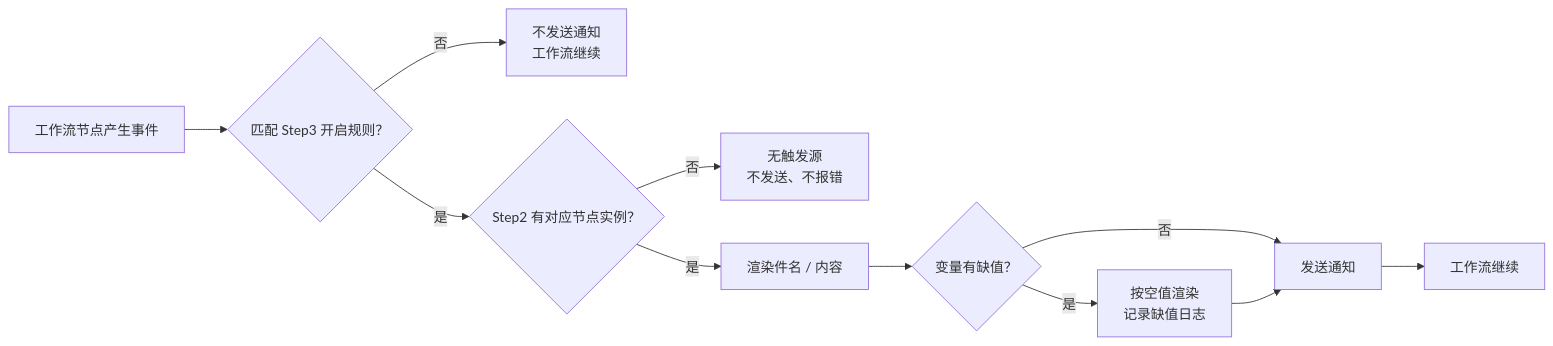
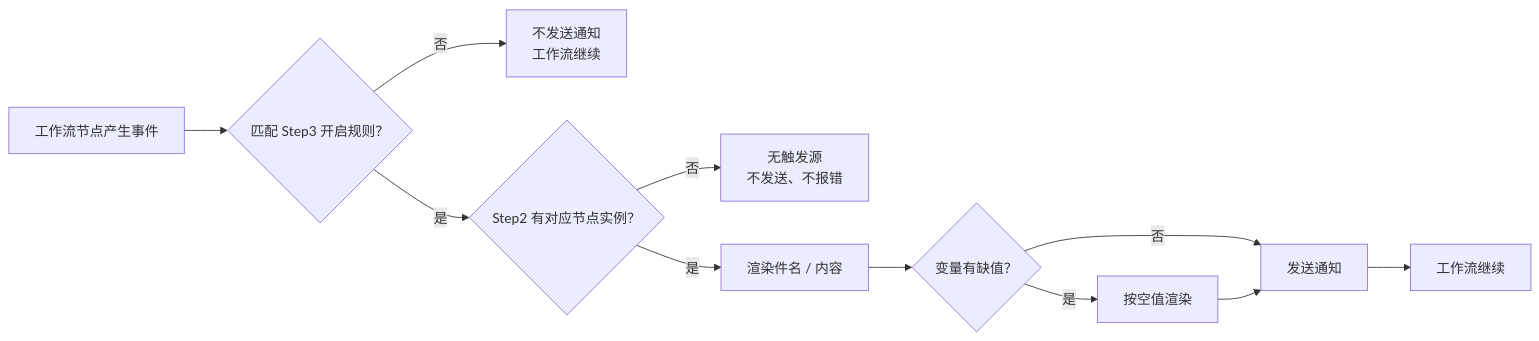
The second of 4 diagrams in prototypes/kisoku-nintei/PRD.zh-CN.md (aruirage/IDP-workflow), drawn with Mermaid before and after one commit. The commit also changed other lines of this file and 1 other file, not shown here.

````diff
--- a/prototypes/kisoku-nintei/PRD.zh-CN.md
+++ b/prototypes/kisoku-nintei/PRD.zh-CN.md
@@ -222,13 +222,13 @@
 ```mermaid
 flowchart LR
   nodeEvent["工作流节点产生事件"] --> matchRule{"匹配 Step3 开启规则？"}
   matchRule -- "否" --> noSend["不发送通知\n工作流继续"]
   matchRule -- "是" --> hasSource{"Step2 有对应节点实例？"}
   hasSource -- "否" --> noSource["无触发源\n不发送、不报错"]
   hasSource -- "是" --> render["渲染件名 / 内容"]
   render --> missingVar{"变量有缺值？"}
-  missingVar -- "是" --> logMissing["按空值渲染\n记录缺值日志"]
+  missingVar -- "是" --> logMissing["按空值渲染"]
   missingVar -- "否" --> send["发送通知"]
   logMissing --> send
   send --> continueFlow["工作流继续"]
 ```
````
